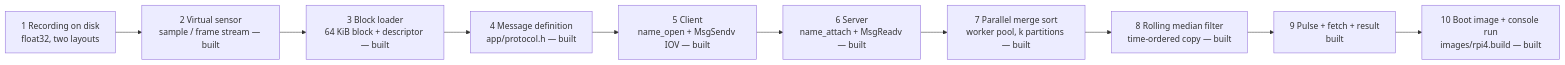
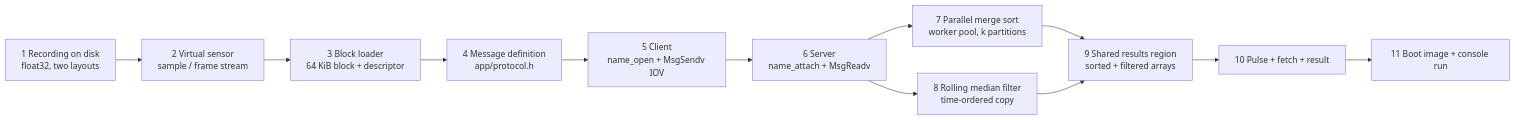
Before and after one commit to Sanjay5421/qnx-rtos-sorting-filter: the first of 6 diagrams in docs/IMPLEMENTATION.md, drawn with Mermaid. The commit also changed other lines of this file and 1 other file, not shown here.

````diff
--- a/docs/IMPLEMENTATION.md
+++ b/docs/IMPLEMENTATION.md
@@ -23,12 +21,14 @@
 ```mermaid
 flowchart LR
-    A["1 Recording on disk<br/>float32, two layouts"] --> B["2 Virtual sensor<br/>sample / frame stream — built"]
-    B --> C["3 Block loader<br/>64 KiB block + descriptor — built"]
-    C --> D["4 Message definition<br/>app/protocol.h — built"]
-    D --> E["5 Client<br/>name_open + MsgSendv IOV — built"]
-    E --> F["6 Server<br/>name_attach + MsgReadv — built"]
-    F --> G["7 Parallel merge sort<br/>worker pool, k partitions — built"]
-    G --> H["8 Rolling median filter<br/>time-ordered copy — built"]
-    H --> I["9 Pulse + fetch + result<br/>built"]
-    I --> J["10 Boot image + console run<br/>images/rpi4.build — built"]
+    A["1 Recording on disk<br/>float32, two layouts"] --> B["2 Virtual sensor<br/>sample / frame stream"]
+    B --> C["3 Block loader<br/>64 KiB block + descriptor"]
+    C --> D["4 Message definition<br/>app/protocol.h"]
+    D --> E["5 Client<br/>name_open + MsgSendv IOV"]
+    E --> F["6 Server<br/>name_attach + MsgReadv"]
+    F --> G["7 Parallel merge sort<br/>worker pool, k partitions"]
+    F --> H["8 Rolling median filter<br/>time-ordered copy"]
+    G --> I["9 Shared results region<br/>sorted + filtered arrays"]
+    H --> I
+    I --> J["10 Pulse + fetch + result"]
+    J --> K["11 Boot image + console run"]
 ```
````
